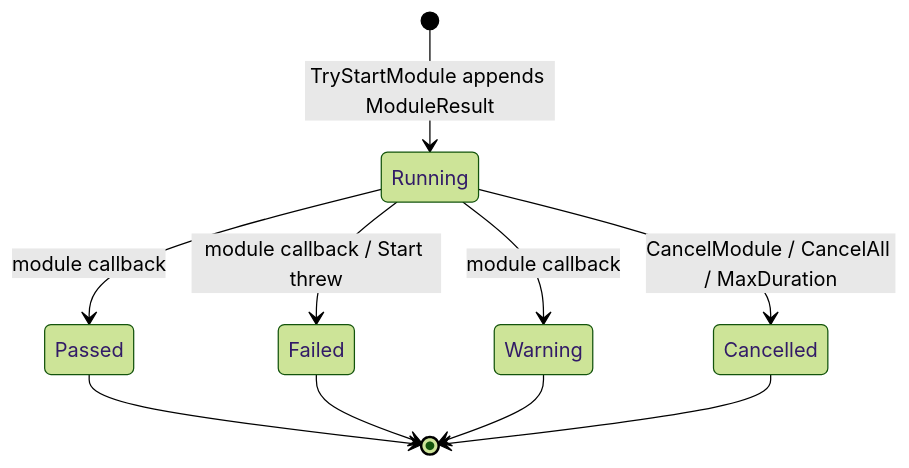
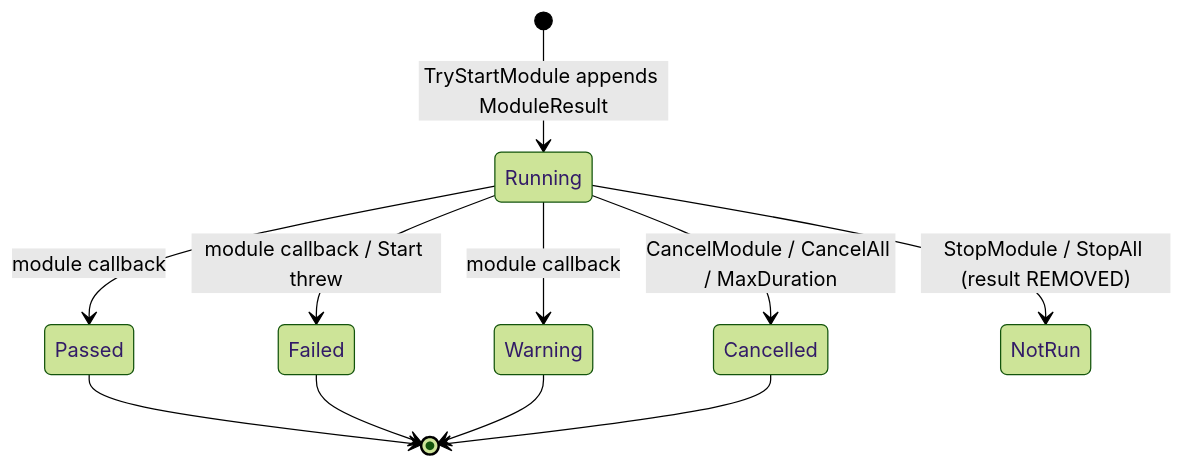
Before and after one commit to Krasen007/HardwareAuditToolkit: the diagram in lode/architecture/orchestrator.md, drawn with Mermaid (forest theme). The commit also changed other lines of this file and 50 other files, not shown here.

Commit message:
Roadmap Phases 2–4 are implemented and verified: __build zero warnings, 78/78 tests pass__ (was 68). The lode has been updated to reflect the new state.

````diff
--- a/lode/architecture/orchestrator.md
+++ b/lode/architecture/orchestrator.md
@@ -38,12 +40,13 @@
 ```mermaid
 stateDiagram-v2
     [*] --> Running: TryStartModule appends ModuleResult
     Running --> Passed: module callback
     Running --> Failed: module callback / Start threw
     Running --> Warning: module callback
     Running --> Cancelled: CancelModule / CancelAll / MaxDuration
+    Running --> NotRun: StopModule / StopAll (result REMOVED)
     Passed --> [*]
     Failed --> [*]
     Warning --> [*]
     Cancelled --> [*]
 ```
````
